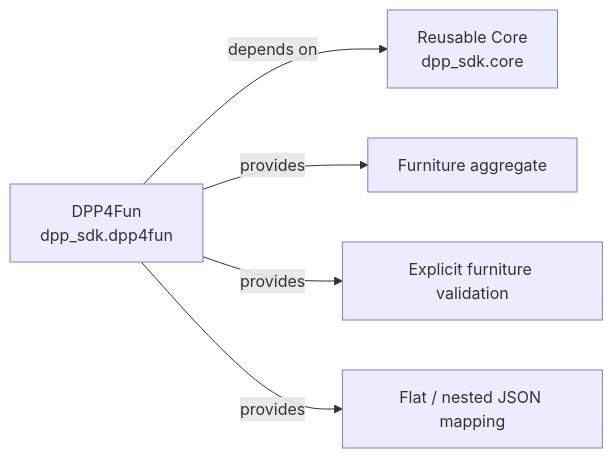
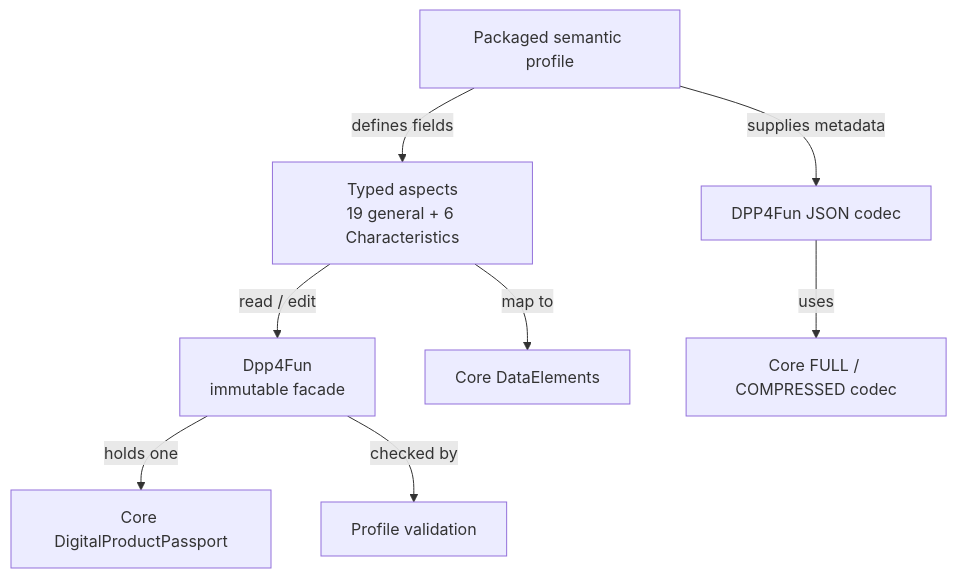
Before and after one commit to CIR4FUN-EU/python-dpp-sdk: the diagram in docs/architecture/python-dpp4fun-model.mmd, drawn with Mermaid. The commit also changed 114 other files, not shown here.

Commit message:
Release 0.5.0: canonical passport model, DPP4Fun profile, JSON clients, and reworked documentation

```diff
--- a/docs/architecture/python-dpp4fun-model.mmd
+++ b/docs/architecture/python-dpp4fun-model.mmd
@@ -1,5 +1,8 @@
-flowchart LR
-  Dpp4Fun["DPP4Fun<br/>dpp_sdk.dpp4fun"] -->|depends on| Core["Reusable Core<br/>dpp_sdk.core"]
-  Dpp4Fun -->|provides| Model["Furniture aggregate"]
-  Dpp4Fun -->|provides| Validation["Explicit furniture validation"]
-  Dpp4Fun -->|provides| Transport["Flat / nested JSON mapping"]
+flowchart TB
+  Facade["Dpp4Fun<br/>immutable facade"] -->|holds one| Core["Core DigitalProductPassport"]
+  Aspects["Typed aspects<br/>19 general + 6 Characteristics"] -->|read / edit| Facade
+  Aspects -->|map to| Elements["Core DataElements"]
+  Profile["Packaged semantic profile"] -->|defines fields| Aspects
+  Profile -->|supplies metadata| Codec["DPP4Fun JSON codec"]
+  Facade -->|checked by| Validation["Profile validation"]
+  Codec -->|uses| CoreCodec["Core FULL / COMPRESSED codec"]
```
